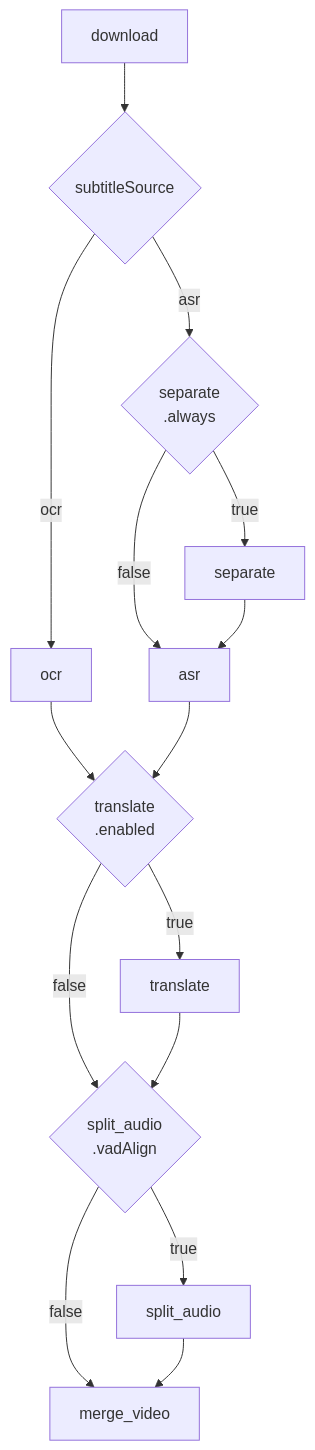
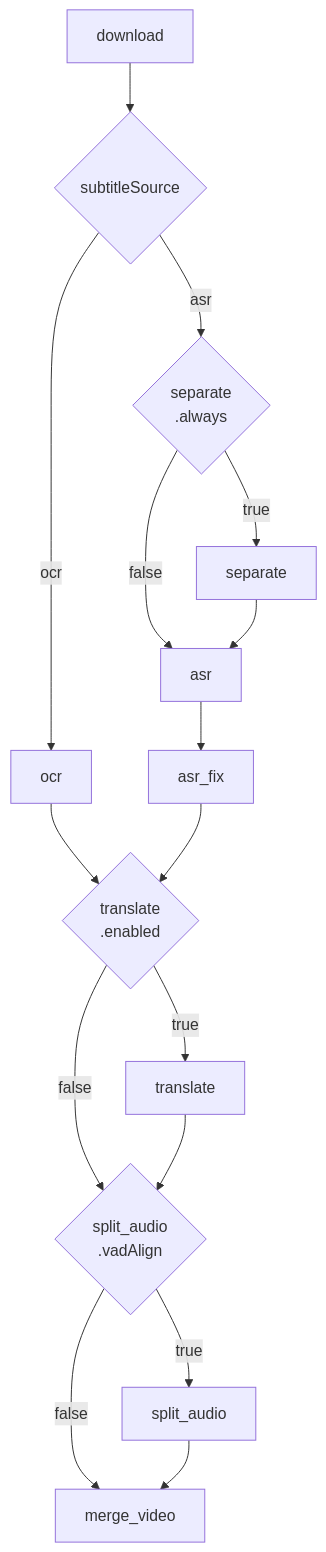
Before and after one commit to lxm520hack/LocalDub: the second of 2 diagrams in packages/cli/architecture.md, drawn with Mermaid. The commit also changed 15 other files, not shown here.

````diff
--- a/packages/cli/architecture.md
+++ b/packages/cli/architecture.md
@@ -66,25 +66,25 @@
 ```mermaid
 flowchart 
   cond_translate{translate<br>.enabled}
   sep["separate"]
   cond_sa{split_audio<br>.vadAlign}
   sa["split_audio"]
   mv["merge_video"]
 
   dl["download"] --> sub_src_cond{subtitleSource}
   sub_src_cond --> |asr| sep_cond
   sub_src_cond --> |ocr| ocr
   ocr --> cond_translate
    sep_cond{separate<br>.always}
   sep_cond --> |true| sep
   sep_cond --> |false| asr
    
-  sep --> asr
-  asr --> cond_translate
+  sep --> asr --> asr_fix
+  asr_fix --> cond_translate
   cond_translate -->|true| tl["translate"]
   cond_translate -->|false| cond_sa
   tl --> cond_sa
   cond_sa --> |true| sa
   cond_sa --> |false| mv
   sa --> mv
 ```
````
